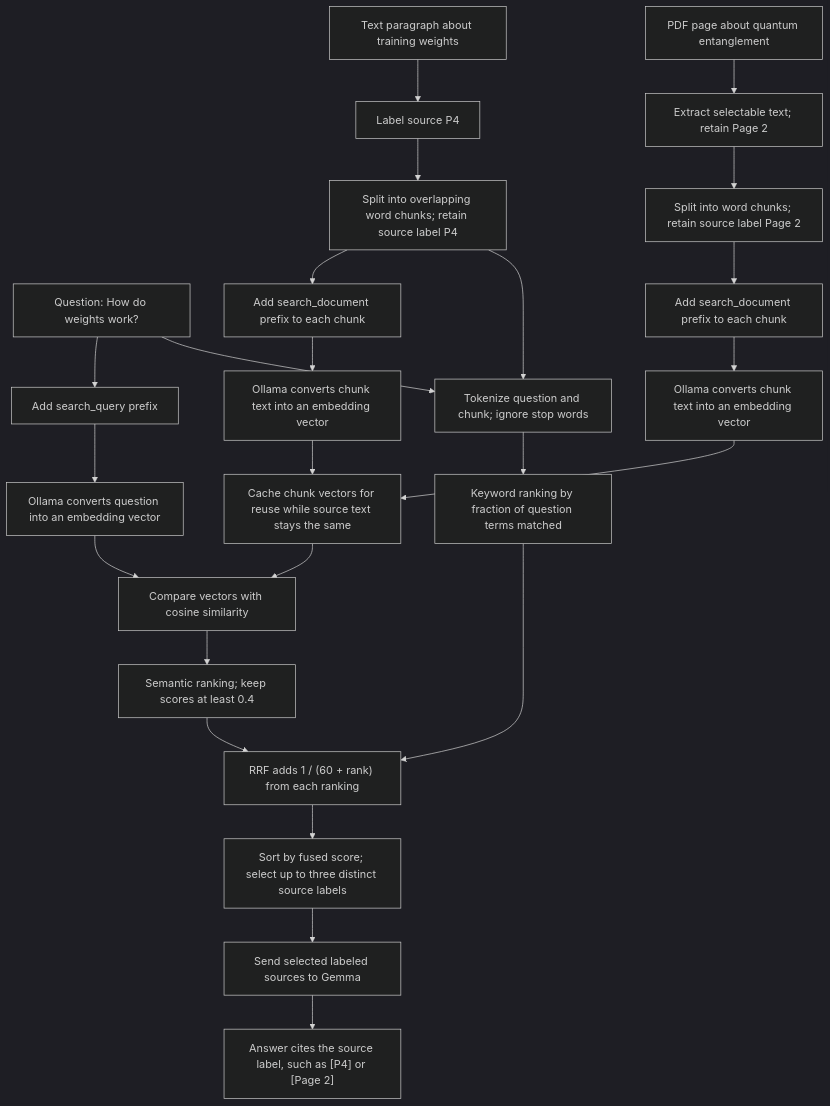
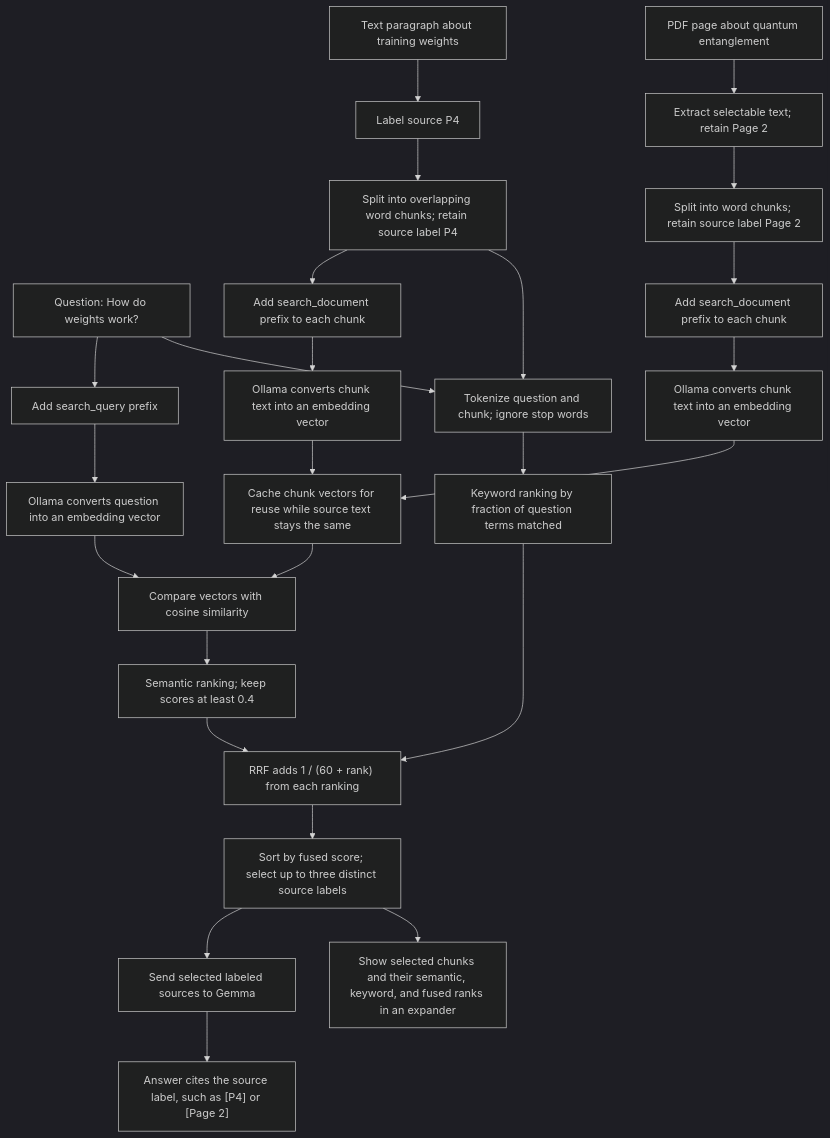
One commit to sandeepdass007/ai-peer changed the diagram in diagrams/semantic-search.md. Above: the diagram before and after it, drawn with Mermaid (dark theme). The commit also changed other lines of this file and 4 other files, not shown here.

````diff
--- a/diagrams/semantic-search.md
+++ b/diagrams/semantic-search.md
@@ -7,30 +7,31 @@
 ```mermaid
 flowchart TD
     Q["Question: How do weights work?"] --> QP["Add search_query prefix"]
     QP --> QE["Ollama converts question into an embedding vector"]
 
     P1["Text paragraph about training weights"] --> P1L["Label source P4"]
     P2["PDF page about quantum entanglement"] --> P2L["Extract selectable text; retain Page 2"]
     P1L --> CH["Split into overlapping word chunks; retain source label P4"]
     P2L --> CH2["Split into word chunks; retain source label Page 2"]
     CH --> P1P["Add search_document prefix to each chunk"]
     CH2 --> P2P["Add search_document prefix to each chunk"]
     P1P --> E1["Ollama converts chunk text into an embedding vector"]
     P2P --> E2["Ollama converts chunk text into an embedding vector"]
     E1 --> CACHE["Cache chunk vectors for reuse while source text stays the same"]
     E2 --> CACHE
 
     QE --> C["Compare vectors with cosine similarity"]
     CACHE --> C
 
     C --> SL["Semantic ranking; keep scores at least 0.4"]
     Q --> KW["Tokenize question and chunk; ignore stop words"]
     CH --> KW
     KW --> KL["Keyword ranking by fraction of question terms matched"]
 
     SL --> F["RRF adds 1 / (60 + rank) from each ranking"]
     KL --> F
     F --> R["Sort by fused score; select up to three distinct source labels"]
     R --> A["Send selected labeled sources to Gemma"]
+    R --> D["Show selected chunks and their semantic, keyword, and fused ranks in an expander"]
     A --> OUT["Answer cites the source label, such as [P4] or [Page 2]"]
 ```
````
